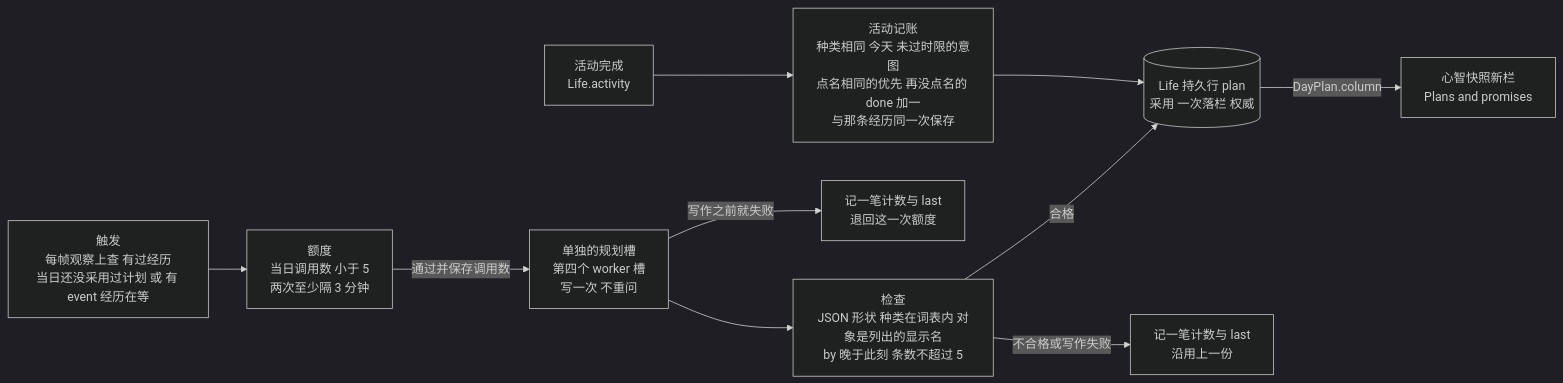
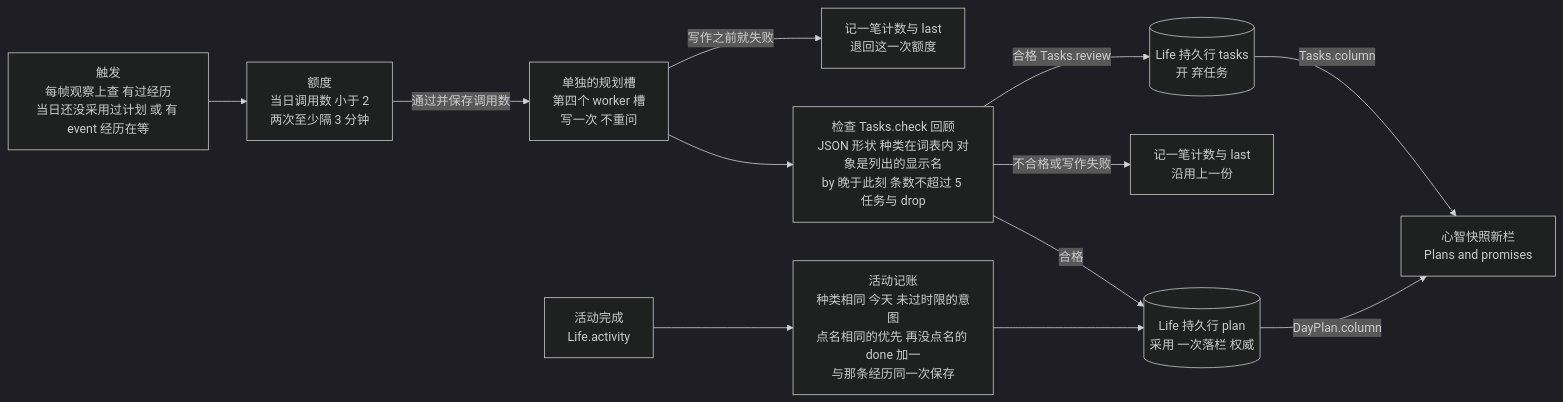
The seventh of 8 diagrams in apps/npc_server/lib/npc_server/README.md (dyzdyz010/ex_mmo_cluster), drawn with Mermaid (dark theme) before and after one commit. The commit also changed other lines of this file and 33 other files, not shown here.

First line of the commit message:
NPC 任务层 T-1a：任务落进 Life（回顾开 / 弃任务、K-3 标记、到期、Mind 任务行）

````diff
--- a/apps/npc_server/lib/npc_server/README.md
+++ b/apps/npc_server/lib/npc_server/README.md
@@ -1012,12 +1012,14 @@
 ```mermaid
 flowchart LR
-  T[触发<br/>每帧观察上查 有过经历<br/>当日还没采用过计划 或 有 event 经历在等] --> Q[额度<br/>当日调用数 小于 5<br/>两次至少隔 3 分钟]
+  T[触发<br/>每帧观察上查 有过经历<br/>当日还没采用过计划 或 有 event 经历在等] --> Q[额度<br/>当日调用数 小于 2<br/>两次至少隔 3 分钟]
   Q -->|通过并保存调用数| W[单独的规划槽<br/>第四个 worker 槽<br/>写一次 不重问]
-  W --> C[检查<br/>JSON 形状 种类在词表内 对象是列出的显示名<br/>by 晚于此刻 条数不超过 5]
+  W --> C[检查 Tasks.check 回顾<br/>JSON 形状 种类在词表内 对象是列出的显示名<br/>by 晚于此刻 条数不超过 5 任务与 drop]
   C -->|合格| A[(Life 持久行 plan<br/>采用 一次落栏 权威)]
   C -->|不合格或写作失败| F[记一笔计数与 last<br/>沿用上一份]
   W -->|写作之前就失败| R[记一笔计数与 last<br/>退回这一次额度]
   X[活动完成<br/>Life.activity] --> B[活动记账<br/>种类相同 今天 未过时限的意图<br/>点名相同的优先 再没点名的 done 加一<br/>与那条经历同一次保存]
   B --> A
   A -->|DayPlan.column| M[心智快照新栏<br/>Plans and promises]
+  C -->|合格 Tasks.review| TK[(Life 持久行 tasks<br/>开 弃任务)]
+  TK -->|Tasks.column| M
 ```
````
